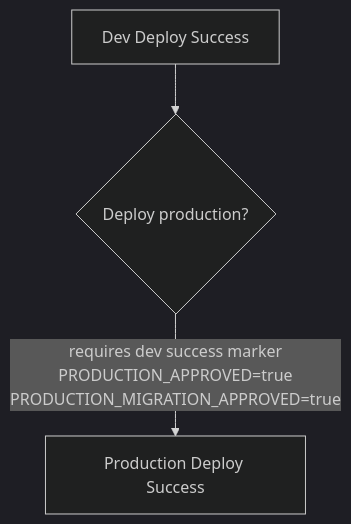
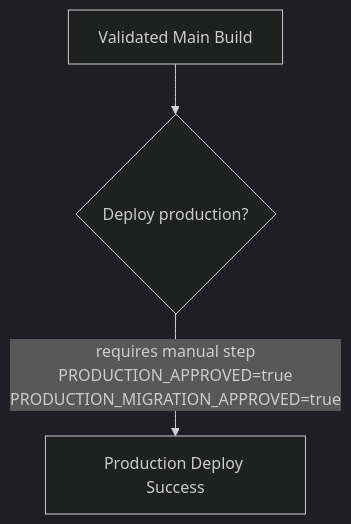
Before and after one commit to miljimo/rollfinders: the second of 3 diagrams in docs/architecture/deployment-flow.md, drawn with Mermaid (dark theme). The commit also changed other lines of this file and 4 other files, not shown here.

Commit message:
Deploy production directly without dev promotion

````diff
--- a/docs/architecture/deployment-flow.md
+++ b/docs/architecture/deployment-flow.md
@@ -51,9 +49,9 @@
 ```mermaid
 flowchart TD
-  dev[Dev Deploy Success]
+  ready[Validated Main Build]
   prod_check{Deploy production?}
   prod[Production Deploy Success]
 
-  dev --> prod_check
-  prod_check -->|requires dev success marker<br/>PRODUCTION_APPROVED=true<br/>PRODUCTION_MIGRATION_APPROVED=true| prod
+  ready --> prod_check
+  prod_check -->|requires manual step<br/>PRODUCTION_APPROVED=true<br/>PRODUCTION_MIGRATION_APPROVED=true| prod
 ```
````
